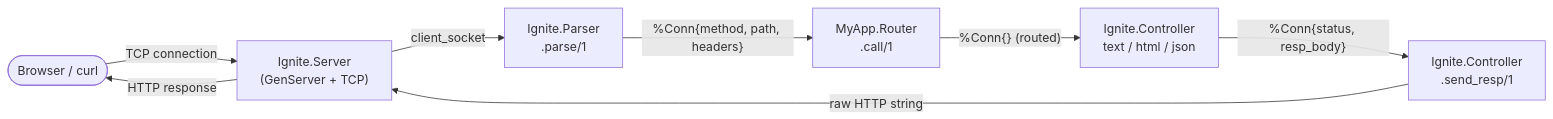
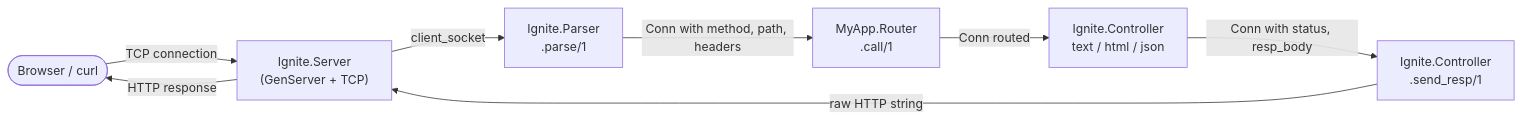
Before and after one commit to rajeshpillai/elixir-byowf: the first of 2 diagrams in course/modules/01-core-http.md, drawn with Mermaid. The commit also changed 16 other files, not shown here.

First line of the commit message:
Fix Mermaid v11 syntax errors in course diagrams

````diff
--- a/course/modules/01-core-http.md
+++ b/course/modules/01-core-http.md
@@ -29,17 +29,17 @@
 ```mermaid
 flowchart LR
     Client([Browser / curl])
     Server["Ignite.Server\n(GenServer + TCP)"]
     Parser["Ignite.Parser\n.parse/1"]
     Router["MyApp.Router\n.call/1"]
     Controller["Ignite.Controller\ntext / html / json"]
     SendResp["Ignite.Controller\n.send_resp/1"]
 
     Client -- "TCP connection" --> Server
     Server -- "client_socket" --> Parser
-    Parser -- "%Conn{method, path, headers}" --> Router
-    Router -- "%Conn{} (routed)" --> Controller
-    Controller -- "%Conn{status, resp_body}" --> SendResp
+    Parser -- "Conn with method, path, headers" --> Router
+    Router -- "Conn routed" --> Controller
+    Controller -- "Conn with status, resp_body" --> SendResp
     SendResp -- "raw HTTP string" --> Server
     Server -- "HTTP response" --> Client
 ```
````
